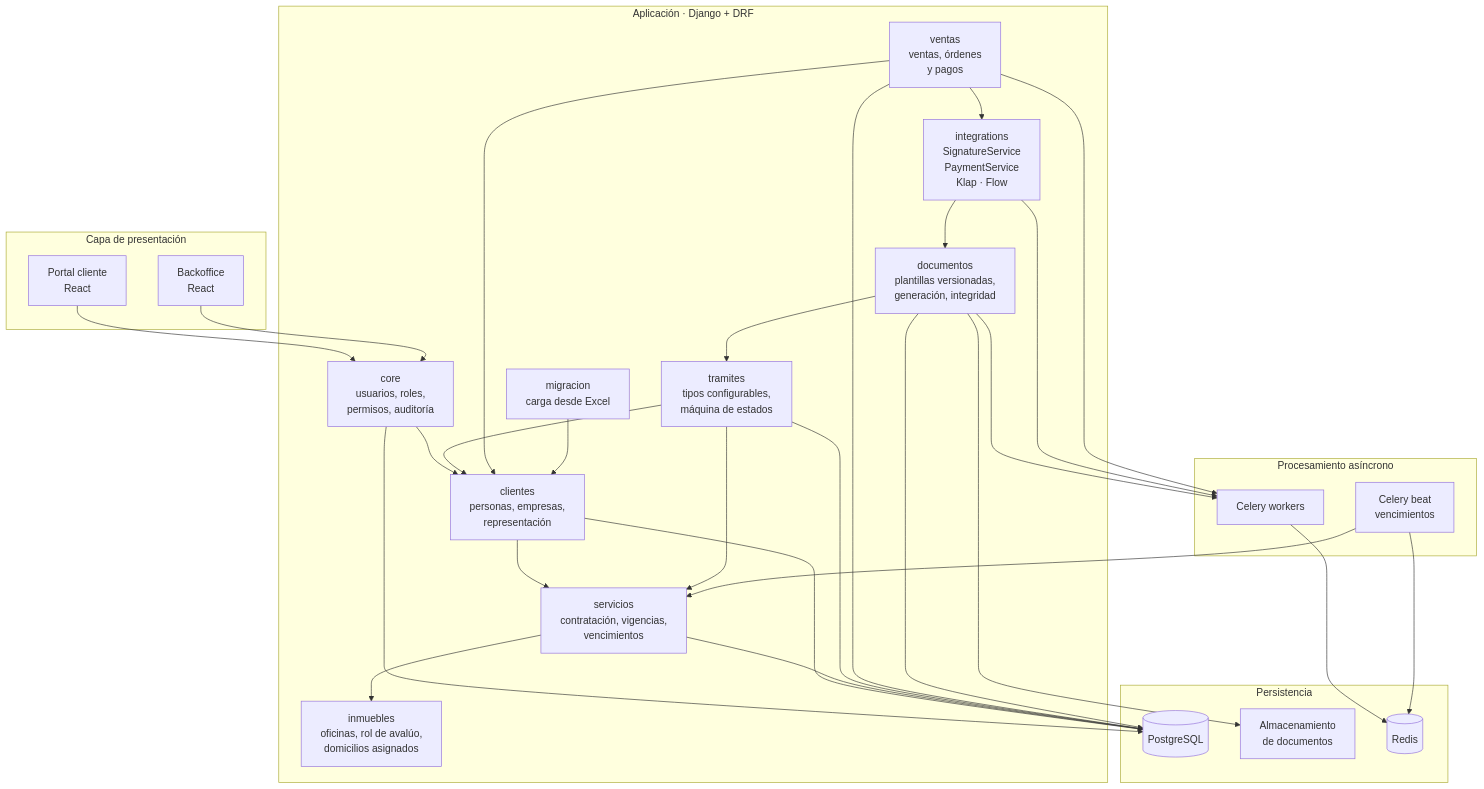
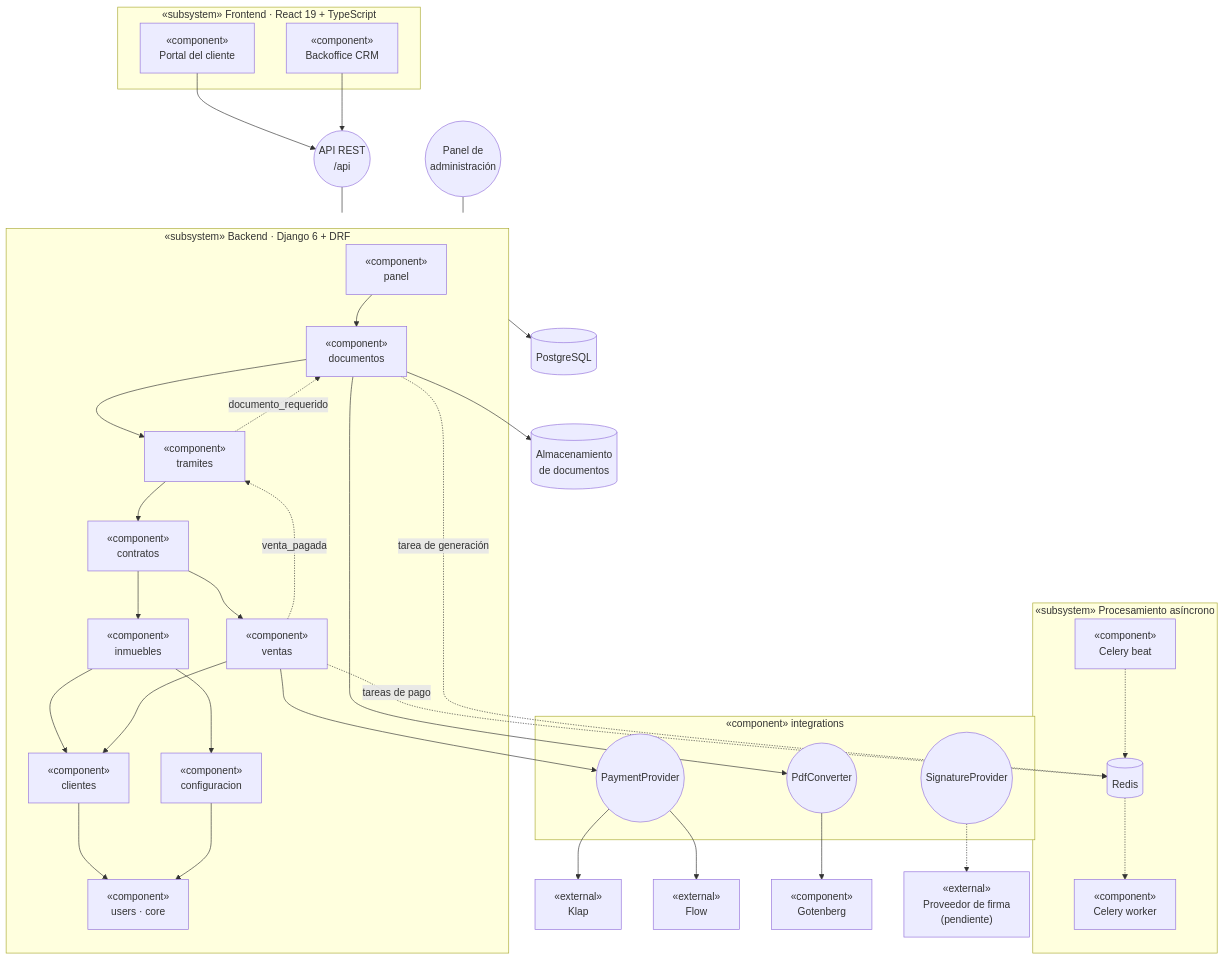
One commit to fecartagena/CRM---Easy-Office changed the second of 6 diagrams in Fase 2/Evidencias Proyecto/Documentación/07_arquitectura/ARQ-001_Arquitectura.md. Above: the diagram before and after it, drawn with Mermaid. The commit also changed other lines of this file and 22 other files, not shown here.

````diff
--- a/Fase 2/Evidencias Proyecto/Documentación/07_arquitectura/ARQ-001_Arquitectura.md
+++ b/Fase 2/Evidencias Proyecto/Documentación/07_arquitectura/ARQ-001_Arquitectura.md
@@ -76,58 +85,75 @@
 ```mermaid
 graph TB
-    subgraph PRES[Capa de presentación]
-        SPA1[Portal cliente<br/>React]
-        SPA2[Backoffice<br/>React]
+    subgraph FE["«subsystem» Frontend · React 19 + TypeScript"]
+        PORTAL["«component»<br/>Portal del cliente"]
+        BACK["«component»<br/>Backoffice CRM"]
     end
 
-    subgraph APP[Aplicación · Django + DRF]
-        AUTH[core<br/>usuarios, roles,<br/>permisos, auditoría]
-        CLI[clientes<br/>personas, empresas,<br/>representación]
-        SRV[servicios<br/>contratación, vigencias,<br/>vencimientos]
-        INM[inmuebles<br/>oficinas, rol de avalúo,<br/>domicilios asignados]
-        TRA[tramites<br/>tipos configurables,<br/>máquina de estados]
-        DOC[documentos<br/>plantillas versionadas,<br/>generación, integridad]
-        VEN[ventas<br/>ventas, órdenes<br/>y pagos]
-        INT[integrations<br/>SignatureService<br/>PaymentService<br/>Klap · Flow]
-        MIG[migracion<br/>carga desde Excel]
+    REST(("API REST<br/>/api"))
+    ADMIN(("Panel de<br/>administración"))
+    PORTAL --> REST
+    BACK --> REST
+
+    subgraph BE["«subsystem» Backend · Django 6 + DRF"]
+        PAN["«component»<br/>panel"]
+        DOC["«component»<br/>documentos"]
+        TRA["«component»<br/>tramites"]
+        CON["«component»<br/>contratos"]
+        VEN["«component»<br/>ventas"]
+        INM["«component»<br/>inmuebles"]
+        CLI["«component»<br/>clientes"]
+        CFG["«component»<br/>configuracion"]
+        USR["«component»<br/>users · core"]
     end
 
-    subgraph ASYNC[Procesamiento asíncrono]
-        CEL[Celery workers]
-        BEAT[Celery beat<br/>vencimientos]
+    REST --- BE
+    ADMIN --- BE
+
+    PAN --> DOC
+    DOC --> TRA
+    TRA --> CON
+    CON --> INM
+    CON --> VEN
+    INM --> CLI
+    INM --> CFG
+    VEN --> CLI
+    CLI --> USR
+    CFG --> USR
+
+    VEN -.->|venta_pagada| TRA
+    TRA -.->|documento_requerido| DOC
+
+    subgraph INT["«component» integrations"]
+        IPAY(("PaymentProvider"))
+        IPDF(("PdfConverter"))
+        ISIG(("SignatureProvider"))
     end
 
-    subgraph DATA[Persistencia]
-        PG[(PostgreSQL)]
-        OBJ[Almacenamiento<br/>de documentos]
-        RDS[(Redis)]
+    VEN --> IPAY
+    DOC --> IPDF
+
+    subgraph RUN["«subsystem» Procesamiento asíncrono"]
+        RDS[("Redis")]
+        WORKER["«component»<br/>Celery worker"]
+        BEAT["«component»<br/>Celery beat"]
     end
 
-    SPA1 --> AUTH
-    SPA2 --> AUTH
-    AUTH --> CLI
-    CLI --> SRV
-    SRV --> INM
-    TRA --> CLI
-    TRA --> SRV
-    DOC --> TRA
-    INT --> DOC
-    VEN --> CLI
-    VEN --> INT
-    MIG --> CLI
+    VEN -.->|tareas de pago| RDS
+    DOC -.->|tarea de generación| RDS
+    RDS -.-> WORKER
+    BEAT -.-> RDS
 
-    DOC --> CEL
-    INT --> CEL
-    VEN --> CEL
-    BEAT --> SRV
-    CEL --> RDS
-    BEAT --> RDS
+    KLAP["«external»<br/>Klap"]
+    FLOW["«external»<br/>Flow"]
+    GOT["«component»<br/>Gotenberg"]
+    FIRMA["«external»<br/>Proveedor de firma<br/>(pendiente)"]
+    IPAY --> KLAP
+    IPAY --> FLOW
+    IPDF --> GOT
+    ISIG -.-> FIRMA
 
-    AUTH --> PG
-    CLI --> PG
-    SRV --> PG
-    TRA --> PG
-    VEN --> PG
-    DOC --> PG
-    DOC --> OBJ
+    PG[("PostgreSQL")]
+    ST[("Almacenamiento<br/>de documentos")]
+    BE --> PG
+    DOC --> ST
 ```
````
